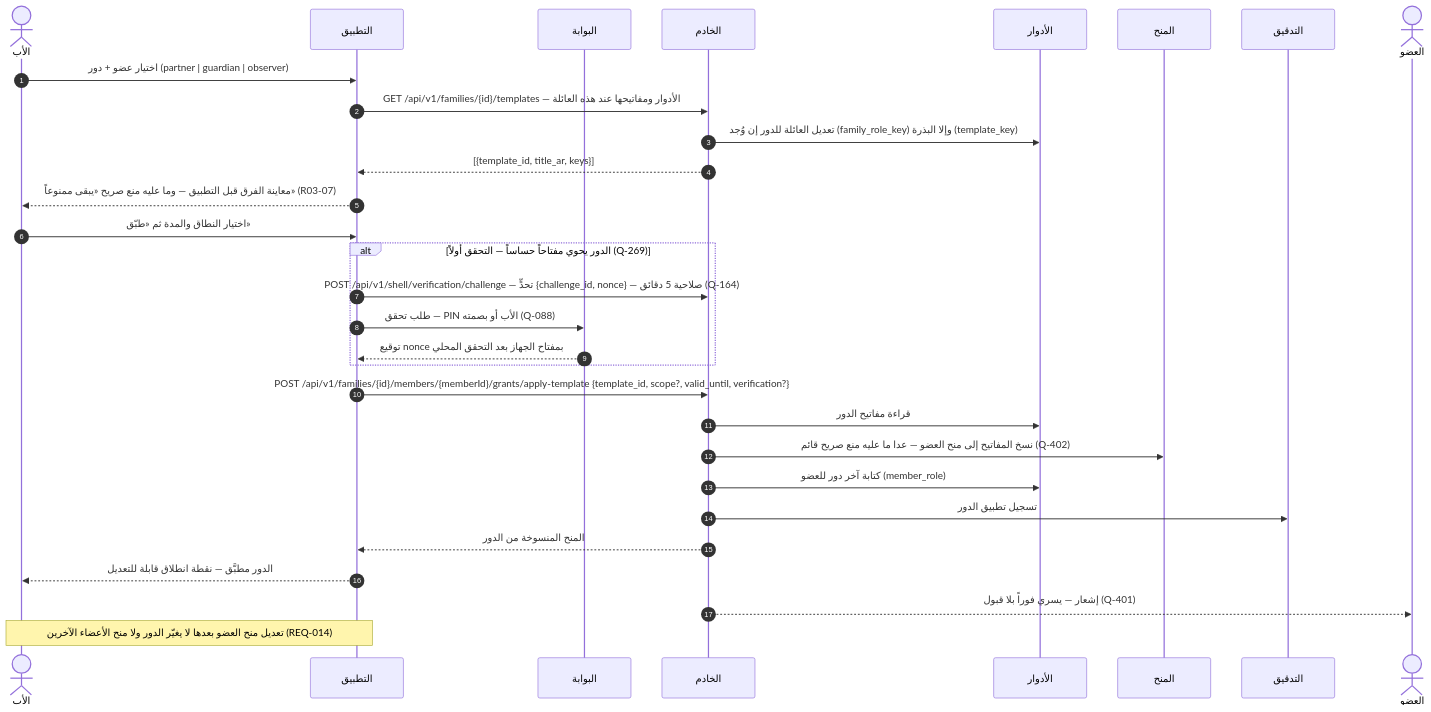
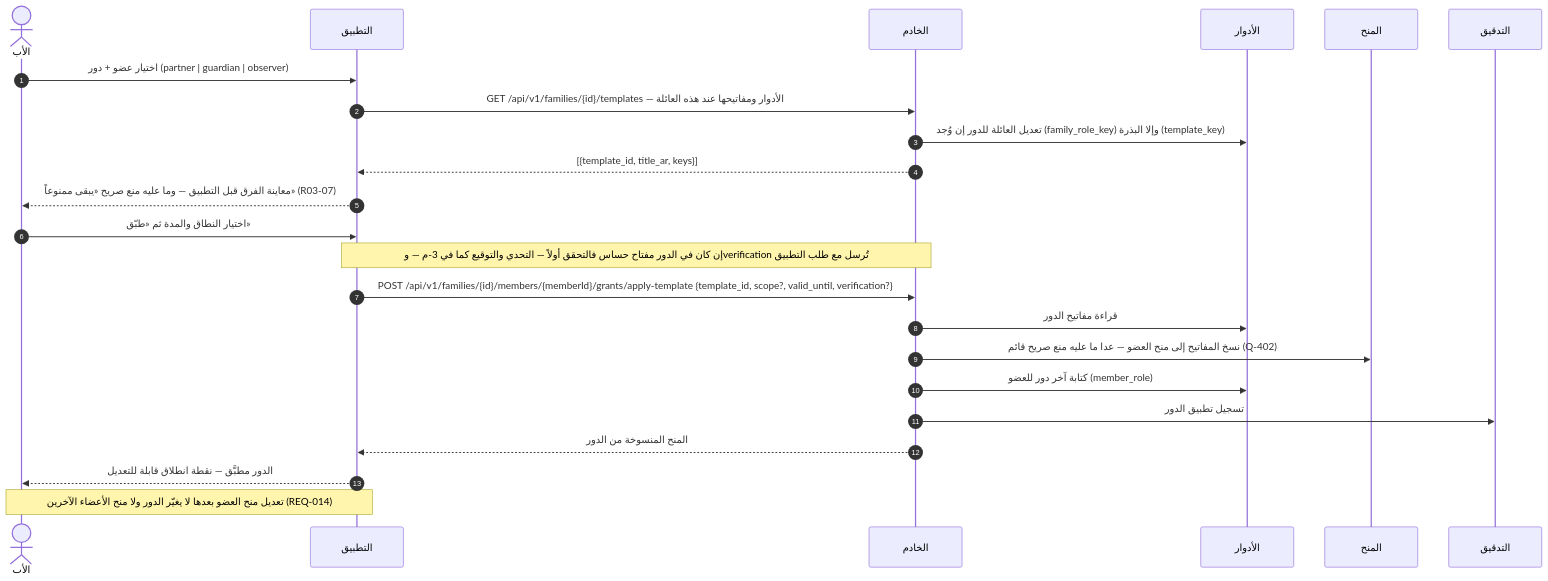
The sixth of 33 diagrams in docs/family-os/governance/phases/phase-1/S1-03-family-roles-and-permissions/DIAGRAMS.md (Bassam-mohammed-alqaeadi/family-os-v2), drawn with Mermaid before and after one commit. The commit also changed other lines of this file, not shown here.

````diff
--- a/docs/family-os/governance/phases/phase-1/S1-03-family-roles-and-permissions/DIAGRAMS.md
+++ b/docs/family-os/governance/phases/phase-1/S1-03-family-roles-and-permissions/DIAGRAMS.md
@@ -332,32 +346,25 @@
 ```mermaid
 sequenceDiagram
     autonumber
     actor Father as الأب
     participant App as التطبيق
-    participant S101 as البوابة
     participant Ktor as الخادم
     participant Roles as الأدوار
     participant Grants as المنح
     participant Audit as التدقيق
-    actor Member as العضو
     Father->>App: اختيار عضو + دور (partner | guardian | observer)
     App->>Ktor: GET /api/v1/families/{id}/templates — الأدوار ومفاتيحها عند هذه العائلة
     Ktor->>Roles: تعديل العائلة للدور إن وُجد (family_role_key) وإلا البذرة (template_key)
     Ktor-->>App: [{template_id, title_ar, keys}]
     App-->>Father: معاينة الفرق قبل التطبيق — وما عليه منع صريح «يبقى ممنوعاً» (R03-07)
     Father->>App: اختيار النطاق والمدة ثم «طبّق»
-    alt الدور يحوي مفتاحاً حساساً — التحقق أولاً (Q-269)
-        App->>Ktor: POST /api/v1/shell/verification/challenge — تحدٍّ {challenge_id, nonce} — صلاحية 5 دقائق (Q-164)
-        App->>S101: طلب تحقق — PIN الأب أو بصمته (Q-088)
-        S101-->>App: توقيع nonce بمفتاح الجهاز بعد التحقق المحلي
-    end
+    Note over App,Ktor: إن كان في الدور مفتاح حساس فالتحقق أولاً — التحدي والتوقيع كما في 3-م — وverification تُرسل مع طلب التطبيق
     App->>Ktor: POST /api/v1/families/{id}/members/{memberId}/grants/apply-template {template_id, scope?, valid_until, verification?}
     Ktor->>Roles: قراءة مفاتيح الدور
     Ktor->>Grants: نسخ المفاتيح إلى منح العضو — عدا ما عليه منع صريح قائم (Q-402)
     Ktor->>Roles: كتابة آخر دور للعضو (member_role)
     Ktor->>Audit: تسجيل تطبيق الدور
     Ktor-->>App: المنح المنسوخة من الدور
     App-->>Father: الدور مطبَّق — نقطة انطلاق قابلة للتعديل
-    Ktor-->>Member: إشعار — يسري فوراً بلا قبول (Q-401)
     Note over Father,App: تعديل منح العضو بعدها لا يغيّر الدور ولا منح الأعضاء الآخرين (REQ-014)
 ```
````
